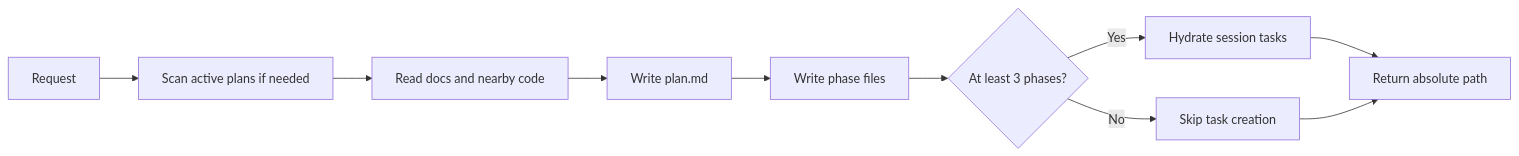
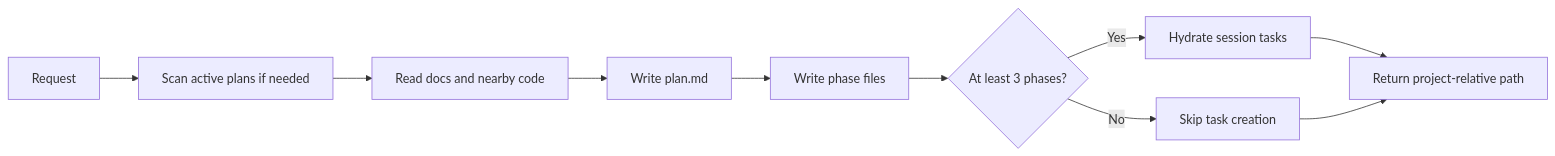
Before and after one commit to baka3k/dev-kit: the second of 9 diagrams in wiki/vi/hi-plan-skill.md, drawn with Mermaid. The commit also changed other lines of this file and 10 other files, not shown here.

First line of the commit message:
docs: update path conventions across documentation to enforce repo-relative paths

````diff
--- a/wiki/vi/hi-plan-skill.md
+++ b/wiki/vi/hi-plan-skill.md
@@ -99,12 +99,12 @@
 ```mermaid
 flowchart LR
     A[Request] --> B[Scan active plans if needed]
     B --> C[Read docs and nearby code]
     C --> D[Write plan.md]
     D --> E[Write phase files]
     E --> F{At least 3 phases?}
     F -->|Yes| G[Hydrate session tasks]
     F -->|No| H[Skip task creation]
-    G --> I[Return absolute path]
+    G --> I[Return project-relative path]
     H --> I
 ```
````
